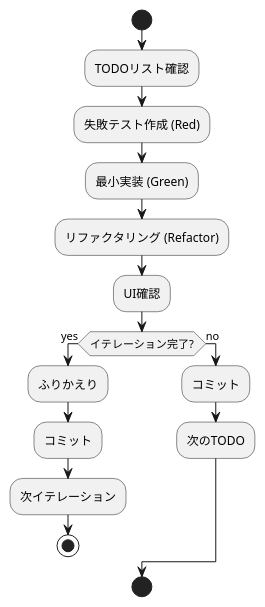
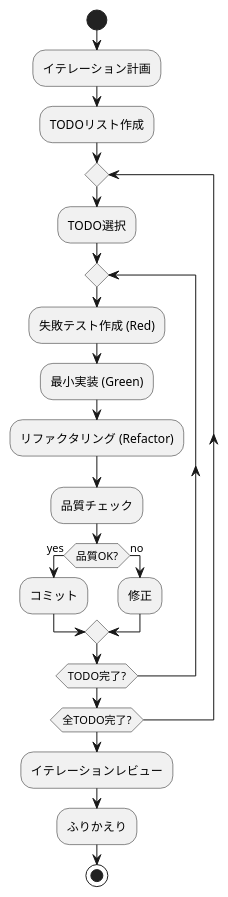
The fourth of 4 diagrams in CLAUDE.md (k2works/case-study-game-dev), drawn with PlantUML before and after one commit. The commit also changed 13 other files, not shown here.

````diff
--- a/CLAUDE.md
+++ b/CLAUDE.md
@@ -100,20 +100,31 @@
 ```plantuml
-@startuml "TDD実装サイクル"
+```plantuml
+@startuml "イテレーション開発プロセス"
+
 start
-:TODOリスト確認;
-:失敗テスト作成 (Red);
-:最小実装 (Green);
-:リファクタリング (Refactor);
-:UI確認;
-if (イテレーション完了?) then (yes)
-  :ふりかえり;
-  :コミット;
-  :次イテレーション;
-  stop
-else (no)
-  :コミット;
-  :次のTODO;
-endif
-start
+:イテレーション計画;
+:TODOリスト作成;
+
+repeat
+  :TODO選択;
+  
+  repeat
+    :失敗テスト作成 (Red);
+    :最小実装 (Green);
+    :リファクタリング (Refactor);
+    :品質チェック;
+    if (品質OK?) then (yes)
+      :コミット;
+    else (no)
+      :修正;
+    endif
+  repeat while (TODO完了?)
+  
+repeat while (全TODO完了?)
+
+:イテレーションレビュー;
+:ふりかえり;
+stop
+
 @enduml
 ```
````
